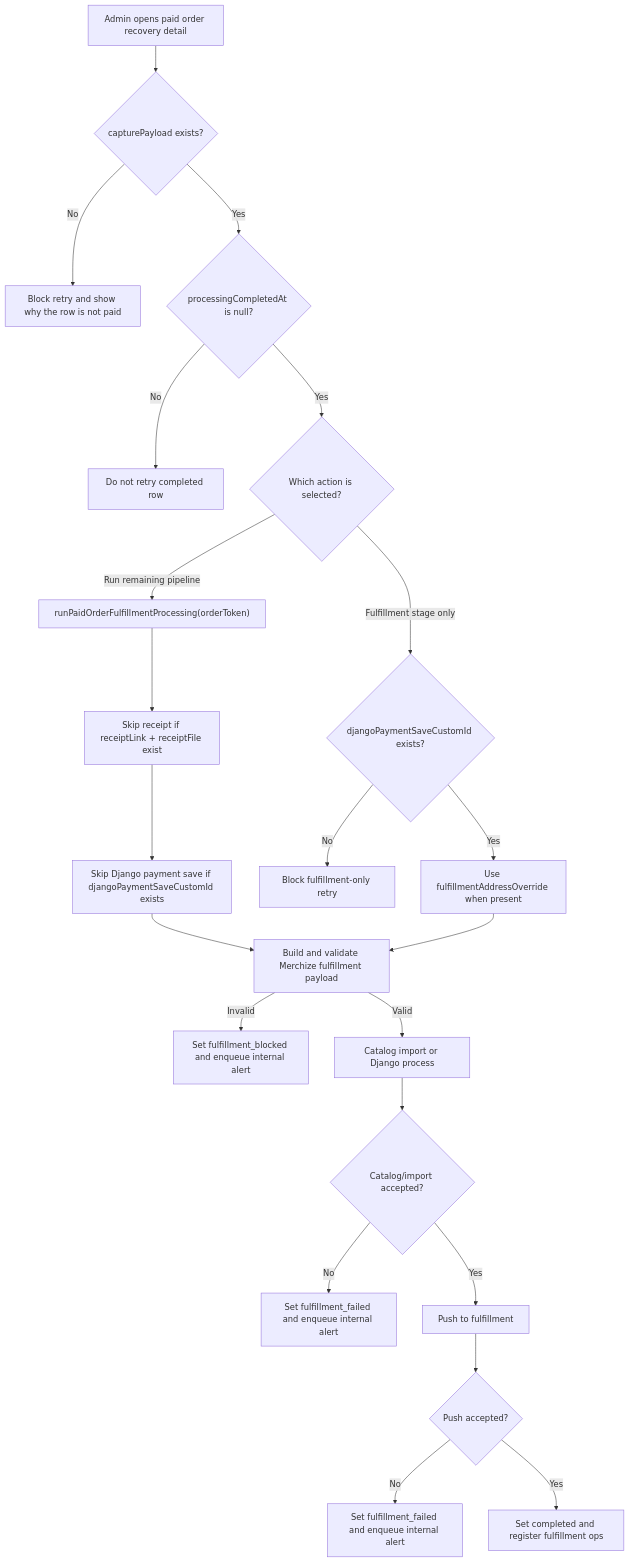
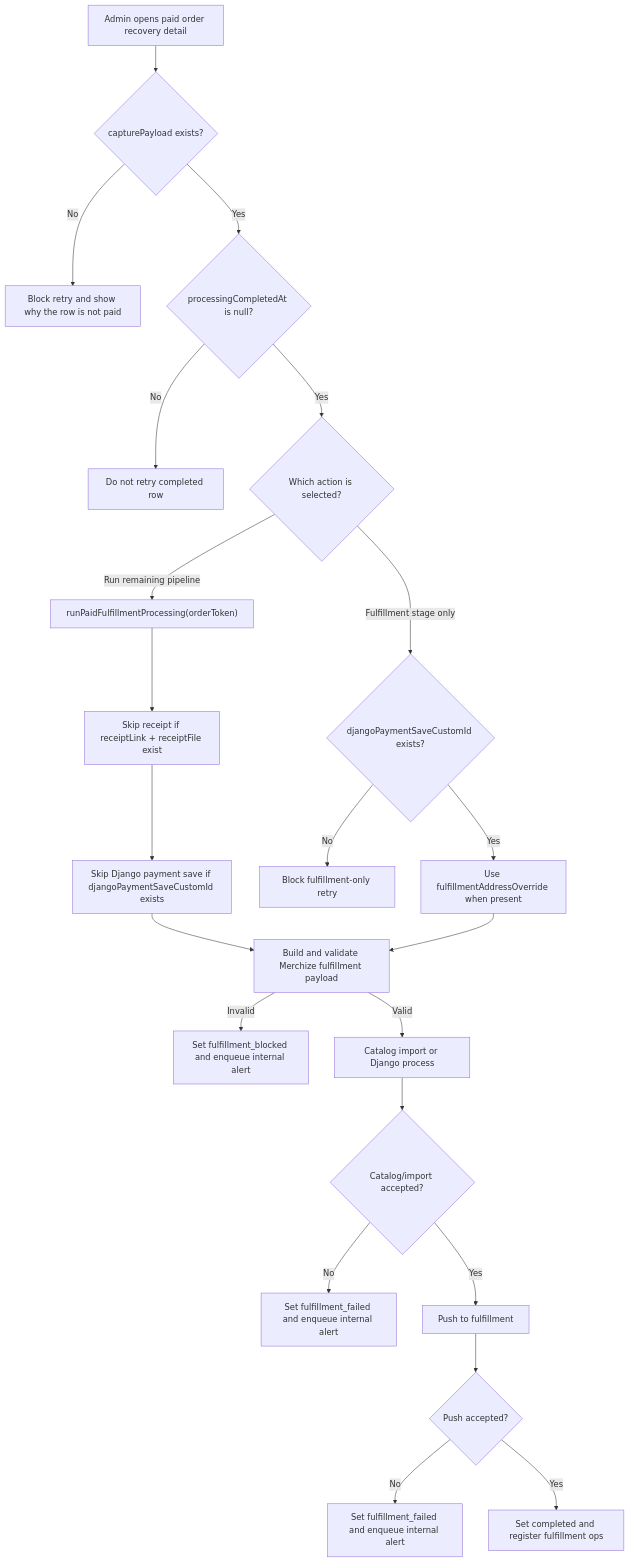
Before and after one commit to Codex-Christi/codex_christi_frontend: the fourth of 4 diagrams in Future Implementation Guides/ADMIN_RECOVERY_TOOLING_GUIDE.md, drawn with Mermaid. The commit also changed other lines of this file and 21 other files, not shown here.

````diff
--- a/Future Implementation Guides/ADMIN_RECOVERY_TOOLING_GUIDE.md
+++ b/Future Implementation Guides/ADMIN_RECOVERY_TOOLING_GUIDE.md
@@ -683,24 +691,24 @@
 ```mermaid
 flowchart TD
   A["Admin opens paid order recovery detail"] --> B{"capturePayload exists?"}
   B -->|"No"| C["Block retry and show why the row is not paid"]
   B -->|"Yes"| D{"processingCompletedAt is null?"}
   D -->|"No"| E["Do not retry completed row"]
   D -->|"Yes"| F{"Which action is selected?"}
-  F -->|"Run remaining pipeline"| G["runPaidOrderFulfillmentProcessing(orderToken)"]
+  F -->|"Run remaining pipeline"| G["runPaidFulfillmentProcessing(orderToken)"]
   G --> H["Skip receipt if receiptLink + receiptFile exist"]
   H --> I["Skip Django payment save if djangoPaymentSaveCustomId exists"]
   I --> J["Build and validate Merchize fulfillment payload"]
   J -->|"Invalid"| K["Set fulfillment_blocked and enqueue internal alert"]
   J -->|"Valid"| L["Catalog import or Django process"]
   L --> M{"Catalog/import accepted?"}
   M -->|"No"| N["Set fulfillment_failed and enqueue internal alert"]
   M -->|"Yes"| O["Push to fulfillment"]
   O --> S{"Push accepted?"}
   S -->|"No"| T["Set fulfillment_failed and enqueue internal alert"]
   S -->|"Yes"| U["Set completed and register fulfillment ops"]
   F -->|"Fulfillment stage only"| R{"djangoPaymentSaveCustomId exists?"}
   R -->|"No"| P["Block fulfillment-only retry"]
   R -->|"Yes"| Q["Use fulfillmentAddressOverride when present"]
   Q --> J
 ```
````
